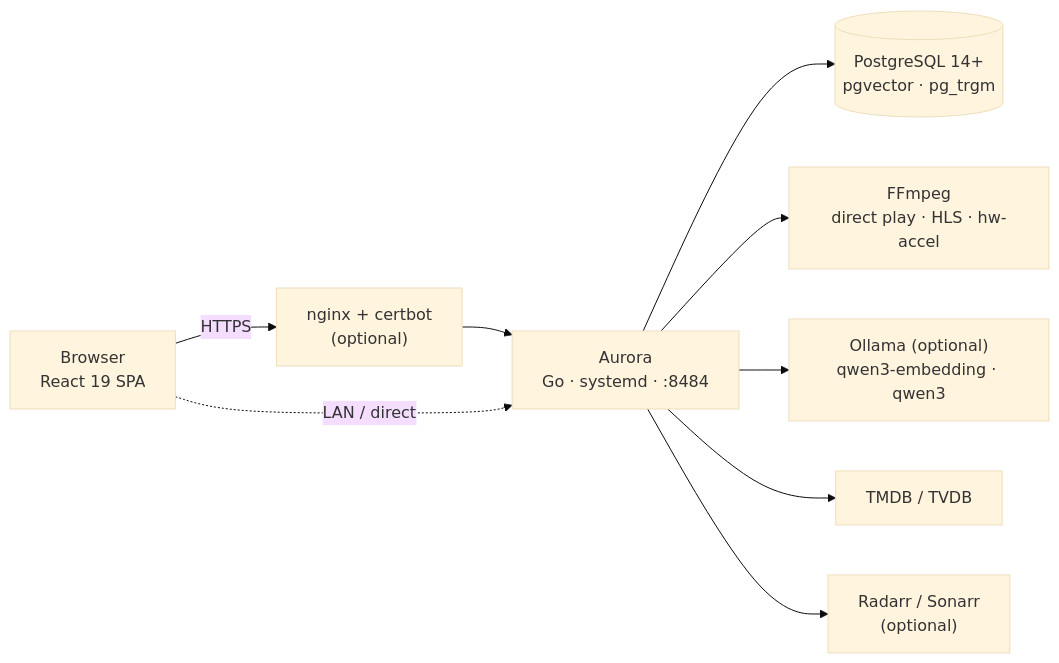
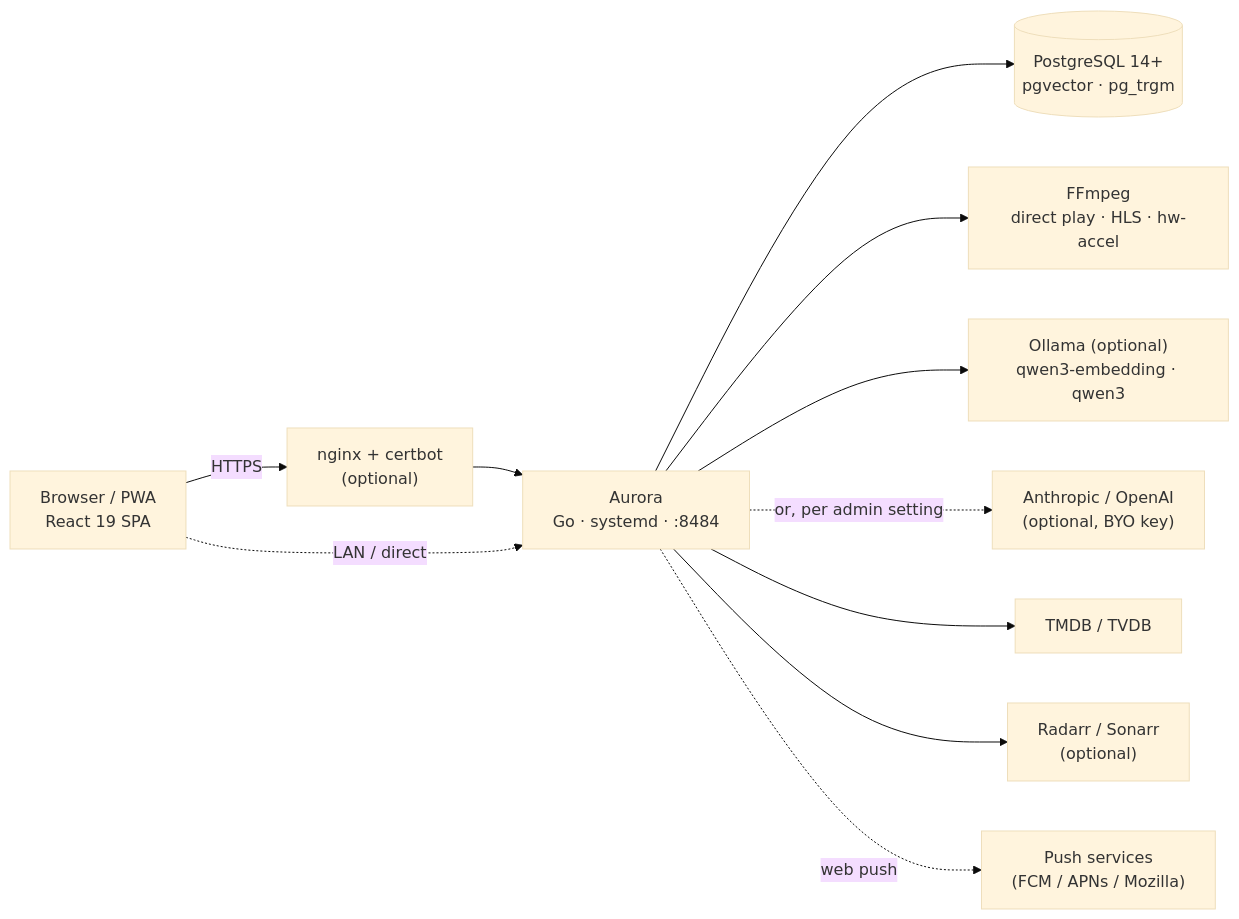
Before and after one commit to ronniekai999/AuroraPro.App: the diagram in README.md, drawn with Mermaid (base theme). The commit also changed other lines of this file and 1 other file, not shown here.

````diff
--- a/README.md
+++ b/README.md
@@ -241,11 +266,13 @@
 ```mermaid
 flowchart LR
-    B["Browser<br/>React 19 SPA"] -->|"HTTPS"| N["nginx + certbot<br/>(optional)"]
+    B["Browser / PWA<br/>React 19 SPA"] -->|"HTTPS"| N["nginx + certbot<br/>(optional)"]
     N --> A["Aurora<br/>Go · systemd · :8484"]
     B -.->|"LAN / direct"| A
     A --> P[("PostgreSQL 14+<br/>pgvector · pg_trgm")]
     A --> F["FFmpeg<br/>direct play · HLS · hw-accel"]
     A --> O["Ollama (optional)<br/>qwen3-embedding · qwen3"]
+    A -.->|"or, per admin setting"| C["Anthropic / OpenAI<br/>(optional, BYO key)"]
     A --> M["TMDB / TVDB"]
     A --> R["Radarr / Sonarr<br/>(optional)"]
+    A -.->|"web push"| W["Push services<br/>(FCM / APNs / Mozilla)"]
 ```
````
